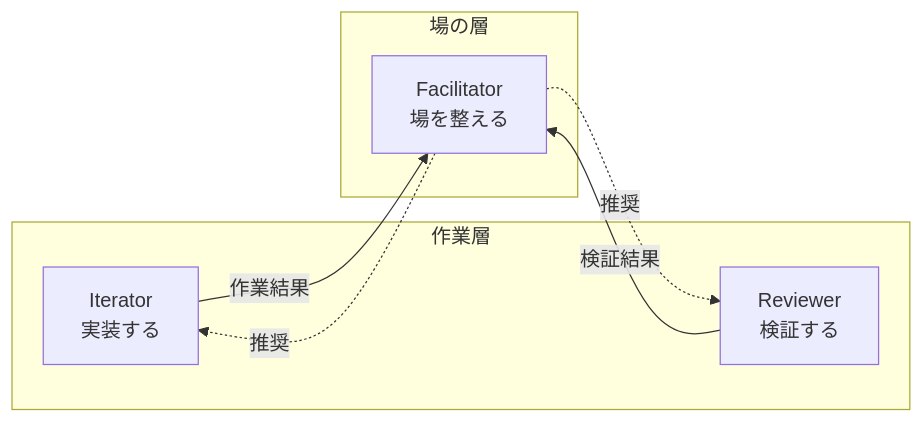
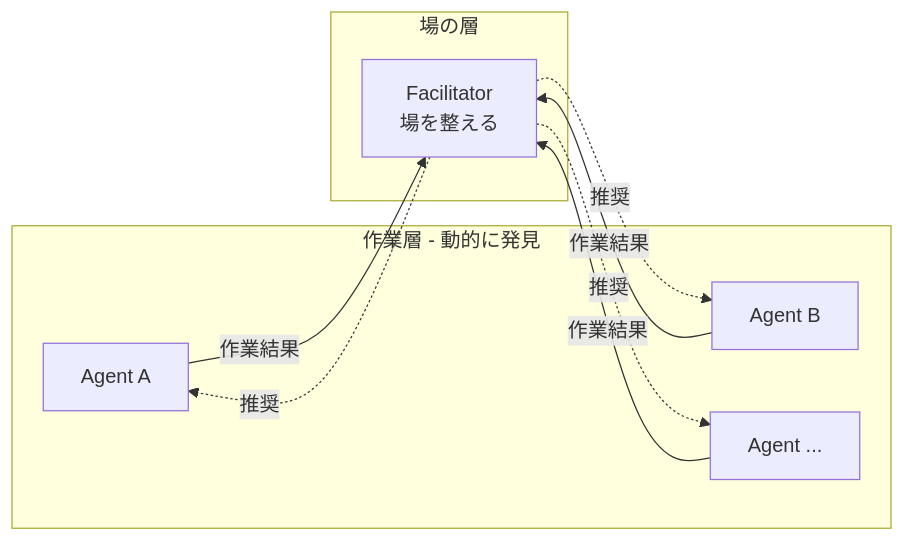
Before and after one commit to tettuan/climpt: the first of 7 diagrams in .agent/facilitator/README.md, drawn with Mermaid. The commit also changed other lines of this file, not shown here.

````diff
--- a/.agent/facilitator/README.md
+++ b/.agent/facilitator/README.md
@@ -9,16 +9,19 @@
 ```mermaid
 flowchart LR
-    subgraph 作業層
-        ITER[Iterator<br/>実装する]
-        REV[Reviewer<br/>検証する]
+    subgraph 作業層[作業層 - 動的に発見]
+        A1[Agent A]
+        A2[Agent B]
+        A3[Agent ...]
     end
 
     subgraph 場の層
         FAC[Facilitator<br/>場を整える]
     end
 
-    FAC -.->|推奨| ITER
-    FAC -.->|推奨| REV
-    ITER -->|作業結果| FAC
-    REV -->|検証結果| FAC
+    FAC -.->|推奨| A1
+    FAC -.->|推奨| A2
+    FAC -.->|推奨| A3
+    A1 -->|作業結果| FAC
+    A2 -->|作業結果| FAC
+    A3 -->|作業結果| FAC
 ```
````
